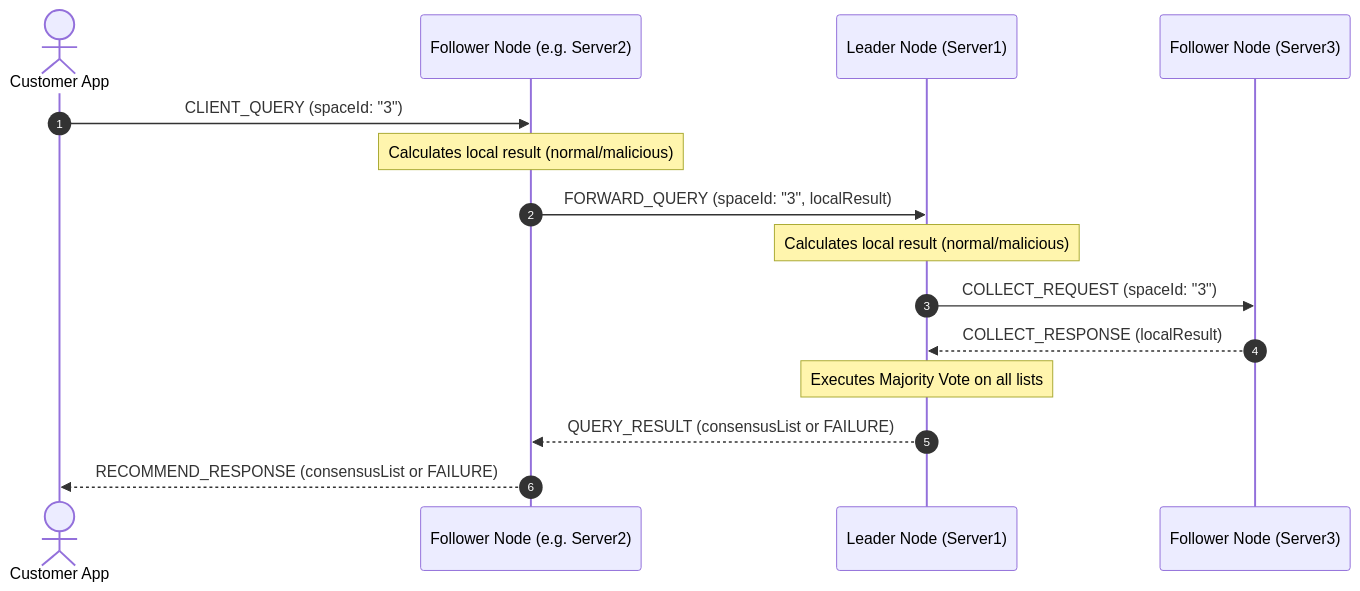
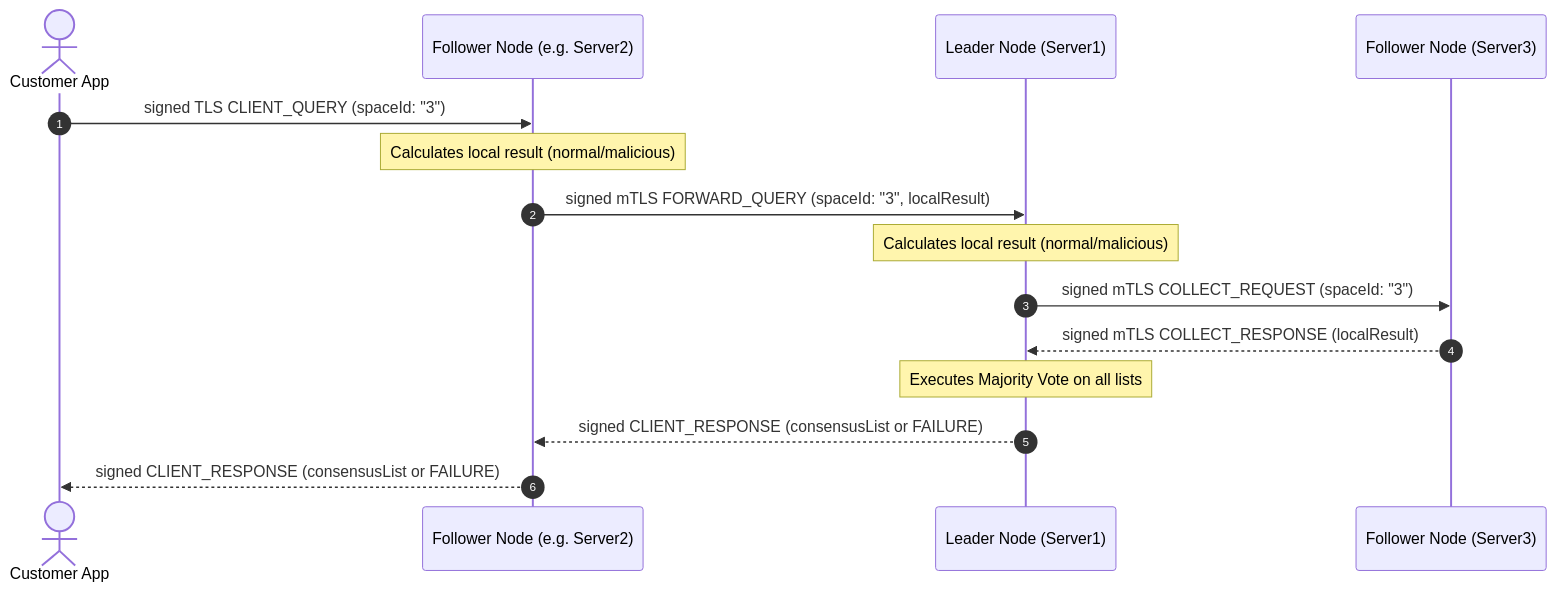
The diagram in ConsensusProtocolDesign.md (walamr/distributed-parking-system), drawn with Mermaid before and after one commit. The commit also changed other lines of this file and 11 other files, not shown here.

````diff
--- a/ConsensusProtocolDesign.md
+++ b/ConsensusProtocolDesign.md
@@ -17,18 +17,18 @@
 ```mermaid
 sequenceDiagram
     autonumber
     actor Customer as Customer App
     participant F as Follower Node (e.g. Server2)
     participant L as Leader Node (Server1)
     participant F3 as Follower Node (Server3)
     
-    Customer->>F: CLIENT_QUERY (spaceId: "3")
+    Customer->>F: signed TLS CLIENT_QUERY (spaceId: "3")
     Note over F: Calculates local result (normal/malicious)
-    F->>L: FORWARD_QUERY (spaceId: "3", localResult)
+    F->>L: signed mTLS FORWARD_QUERY (spaceId: "3", localResult)
     Note over L: Calculates local result (normal/malicious)
-    L->>F3: COLLECT_REQUEST (spaceId: "3")
-    F3-->>L: COLLECT_RESPONSE (localResult)
+    L->>F3: signed mTLS COLLECT_REQUEST (spaceId: "3")
+    F3-->>L: signed mTLS COLLECT_RESPONSE (localResult)
     Note over L: Executes Majority Vote on all lists
-    L-->>F: QUERY_RESULT (consensusList or FAILURE)
-    F-->>Customer: RECOMMEND_RESPONSE (consensusList or FAILURE)
+    L-->>F: signed CLIENT_RESPONSE (consensusList or FAILURE)
+    F-->>Customer: signed CLIENT_RESPONSE (consensusList or FAILURE)
 ```
````
